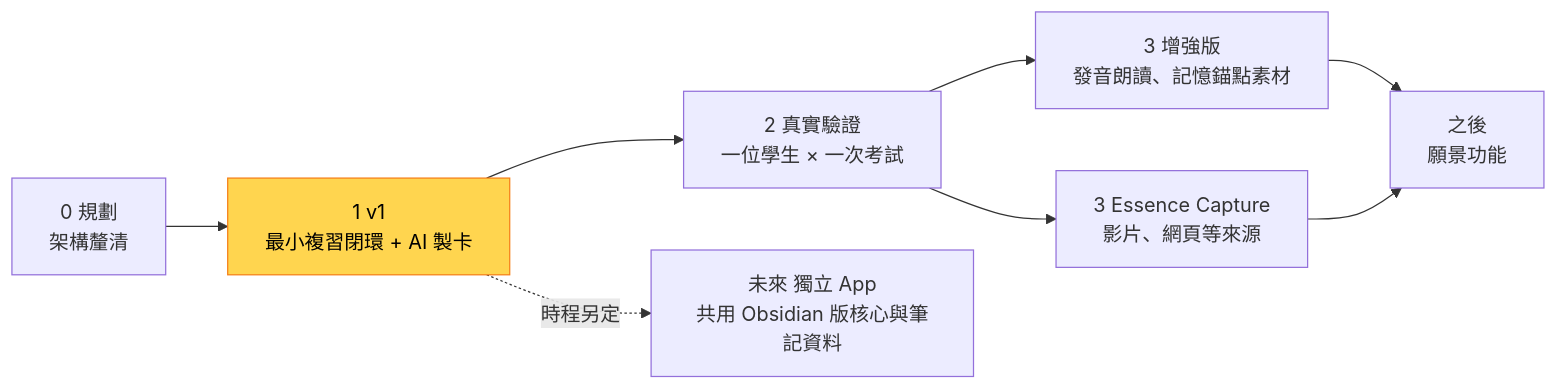
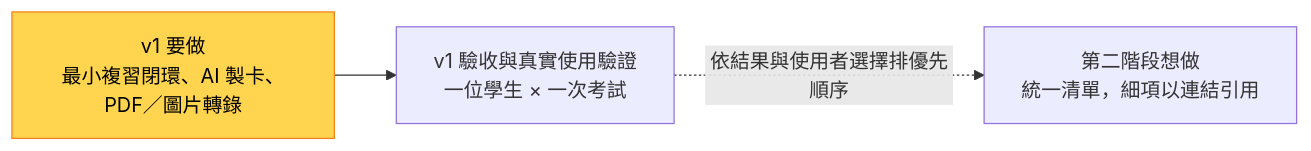
One commit to kuohappiness/Essence-Cards changed the diagram in docs/roadmap.md. Above: the diagram before and after it, drawn with Mermaid. The commit also changed other lines of this file and 17 other files, not shown here.

````diff
--- a/docs/roadmap.md
+++ b/docs/roadmap.md
@@ -38,11 +40,6 @@
 ```mermaid
 flowchart LR
-  A["0 規劃<br/>架構釐清"] --> B["1 v1<br/>最小複習閉環 + AI 製卡"]:::now
-  B --> C["2 真實驗證<br/>一位學生 × 一次考試"]
-  C --> D["3 增強版<br/>發音朗讀、記憶錨點素材"]
-  C --> E["3 Essence Capture<br/>影片、網頁等來源"]
-  B -.->|時程另定| G["未來 獨立 App<br/>共用 Obsidian 版核心與筆記資料"]
-  D --> F["之後<br/>願景功能"]
-  E --> F
+  A["v1 要做<br/>最小複習閉環、AI 製卡、PDF／圖片轉錄"]:::now --> B["v1 驗收與真實使用驗證<br/>一位學生 × 一次考試"]
+  B -.->|依結果與使用者選擇排優先順序| C["第二階段想做<br/>統一清單，細項以連結引用"]
   classDef now fill:#ffd54f,stroke:#f57f17,color:#000
 ```
````
